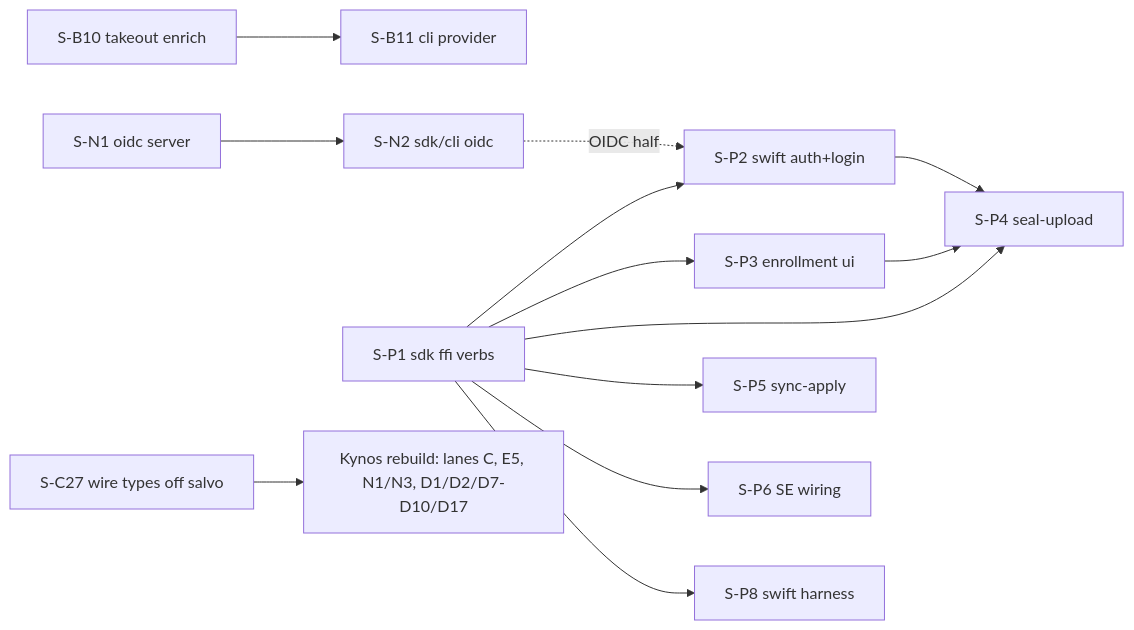
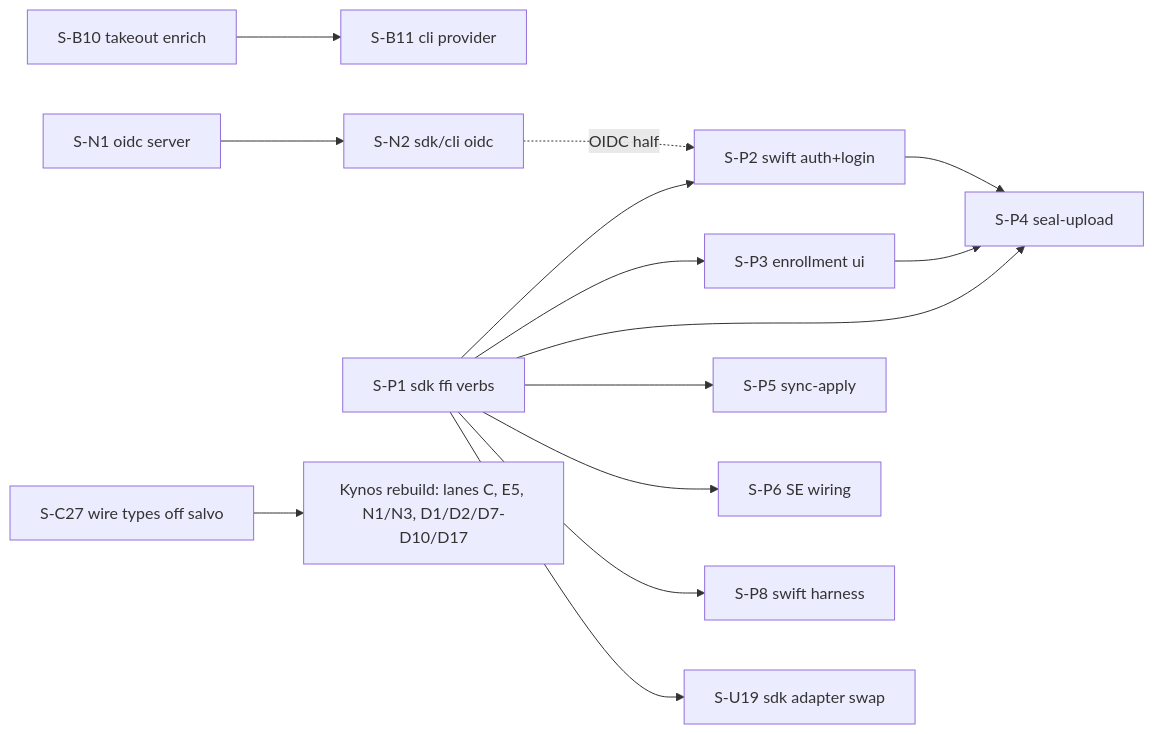
The diagram in SLICES.md (Capsulsaurus/Capsule), drawn with Mermaid before and after one commit. The commit also changed other lines of this file and 1 other file, not shown here.

````diff
--- a/SLICES.md
+++ b/SLICES.md
@@ -312,15 +340,16 @@
 ```mermaid
 graph LR
   B10[S-B10 takeout enrich] --> B11[S-B11 cli provider]
   N1[S-N1 oidc server] --> N2[S-N2 sdk/cli oidc]
   P1[S-P1 sdk ffi verbs] --> P2[S-P2 swift auth+login]
   P1 --> P3[S-P3 enrollment ui]
   P1 --> P4[S-P4 seal-upload]
   P2 --> P4
   P3 --> P4
   P1 --> P5[S-P5 sync-apply]
   P1 --> P6[S-P6 SE wiring]
   P1 --> P8[S-P8 swift harness]
+  P1 --> U19[S-U19 sdk adapter swap]
   N2 -.OIDC half.-> P2
   C27[S-C27 wire types off salvo] --> KYNOS[Kynos rebuild: lanes C, E5, N1/N3, D1/D2/D7-D10/D17]
 ```
````
